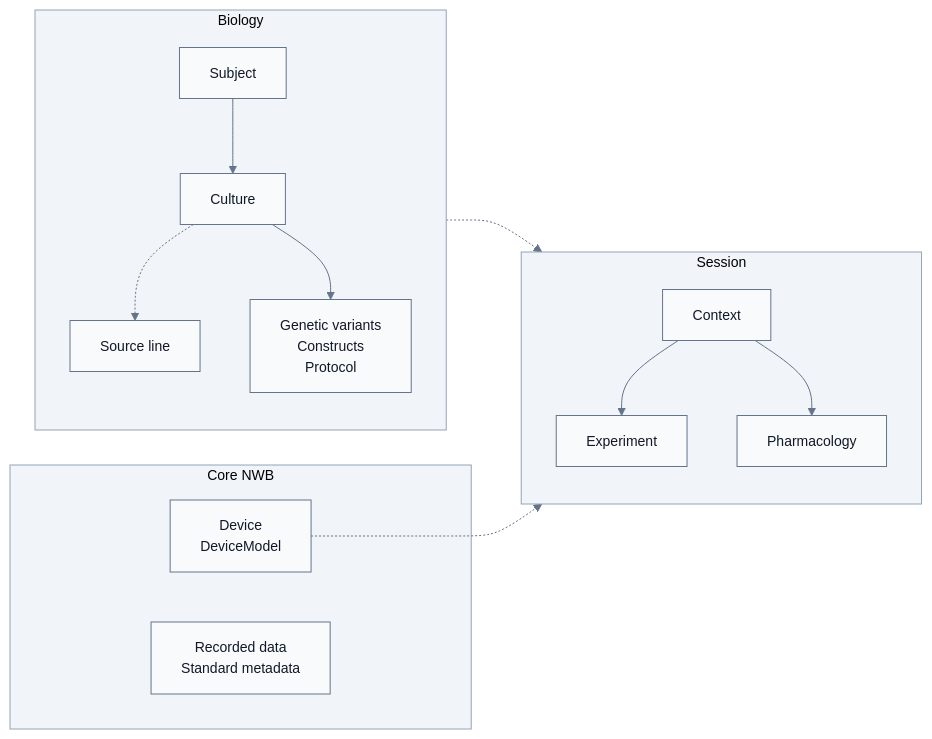
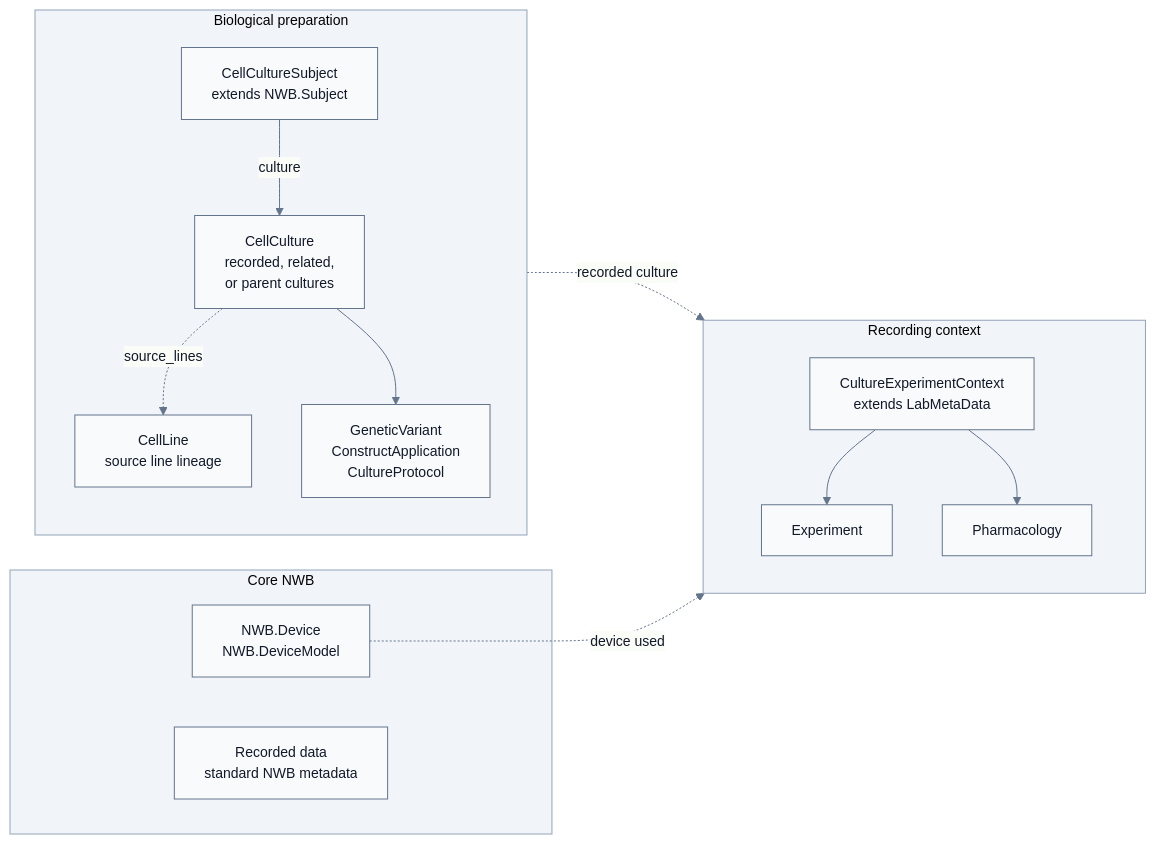
The diagram in README.md (braingeneers/ndx-cell-culture), drawn with Mermaid before and after one commit. The commit also changed 2 other files, not shown here.

Commit message:
Restore descriptive Mermaid diagram labels

````diff
--- a/README.md
+++ b/README.md
@@ -42,43 +42,43 @@
 ```mermaid
 %%{init: {
   "theme": "base",
   "themeVariables": {
     "fontFamily": "Arial, sans-serif",
     "fontSize": "14px",
     "primaryColor": "#f8fafc",
     "primaryTextColor": "#111827",
     "primaryBorderColor": "#64748b",
     "lineColor": "#64748b",
     "clusterBkg": "#f1f5f9",
     "clusterBorder": "#94a3b8"
   }
 }}%%
 flowchart LR
-  subgraph Biology["Biology"]
-    Subject["Subject"]
-    Culture["Culture"]
-    Line["Source line"]
-    BioExt["Genetic variants<br/>Constructs<br/>Protocol"]
+  subgraph Biology["Biological preparation"]
+    Subject["CellCultureSubject<br/>extends NWB.Subject"]
+    Culture["CellCulture<br/>recorded, related,<br/>or parent cultures"]
+    Line["CellLine<br/>source line lineage"]
+    BioExt["GeneticVariant<br/>ConstructApplication<br/>CultureProtocol"]
 
-    Subject --> Culture
-    Culture -.-> Line
+    Subject -->|"culture"| Culture
+    Culture -.->|"source_lines"| Line
     Culture --> BioExt
   end
 
   subgraph Core["Core NWB"]
-    Device["Device<br/>DeviceModel"]
-    Data["Recorded data<br/>Standard metadata"]
+    Device["NWB.Device<br/>NWB.DeviceModel"]
+    Data["Recorded data<br/>standard NWB metadata"]
   end
 
-  subgraph Session["Session"]
-    Context["Context"]
+  subgraph Session["Recording context"]
+    Context["CultureExperimentContext<br/>extends LabMetaData"]
     Experiment["Experiment"]
     Pharm["Pharmacology"]
 
     Context --> Experiment
     Context --> Pharm
   end
 
-  Biology -.-> Session
-  Device -.-> Session
+  Biology -.->|"recorded culture"| Session
+  Device -.->|"device used"| Session
 ```
````
